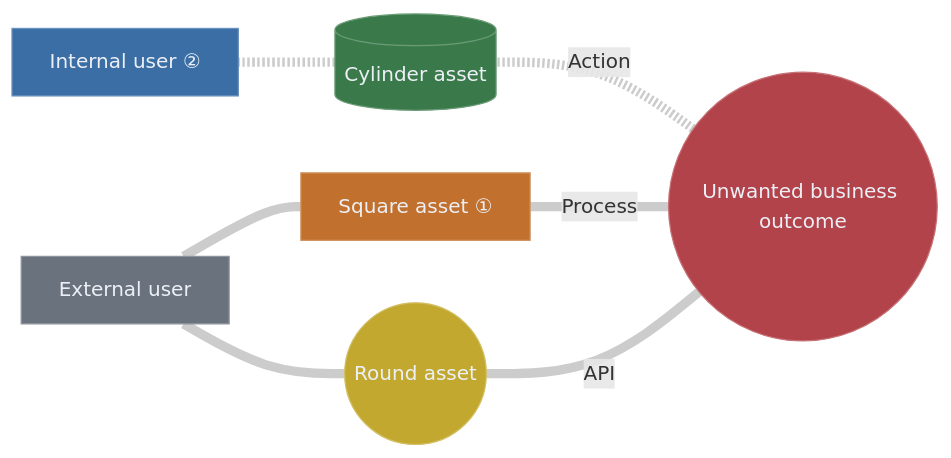
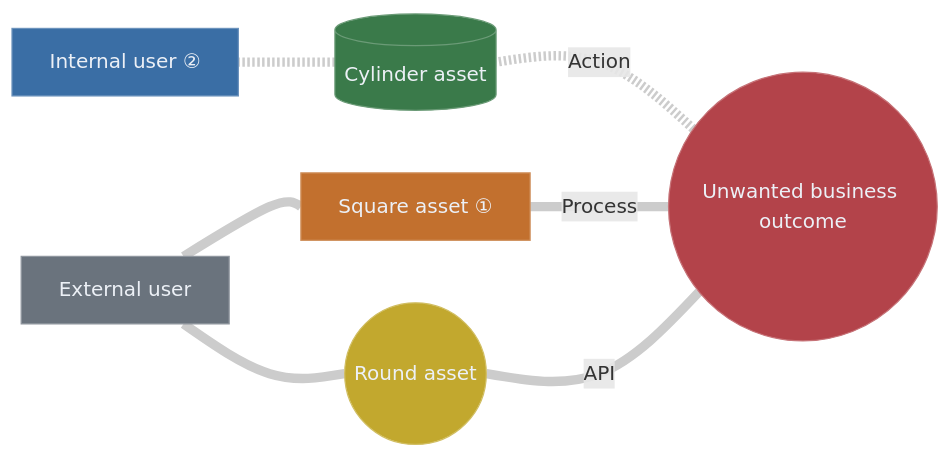
One commit to tomituominen/APME changed the diagram in sample-graph.md. Above: the diagram before and after it, drawn with Mermaid. The commit also changed 1 other file, not shown here.

Commit message:
Saved Mermaid: use natural curve so lines reach the nodes
Mermaid's default "basis" edge curve only approximates its control points, so
curved links stopped short of a node — a visible gap where lines met a box
(most obvious on "External user", where two edges converge). exportMermaid now
emits %%{init: {"flowchart":{"curve":"natural"}}}%%, a spline that passes
through its endpoints, so links meet nodes cleanly while staying smooth. Our
loader ignores the directive (a %% line). Regenerated sample-graph.md.

Verified by rendering the exported block with mermaid@10: gap gone, no errors.

````diff
--- a/sample-graph.md
+++ b/sample-graph.md
@@ -3,27 +3,28 @@
 ```mermaid
+%%{init: {"flowchart": {"curve": "natural"}}}%%
 %% APM-DATA: {"v":1,"dir":"RL","master":"n2","pos":{"n2":[0,0],"n4":[-390,-227],"n5":[-390,-27],"n6":[-390,173],"n7":[-770,-235],"n8":[-770,65]},"bends":{"n2|n4":[-0.0741,0.3825],"n2|n5":[-0.0181,0.0348],"n2|n6":[-0.0486,-0.3349]},"notes":{"n5":"Important note about the asset","n7":"Important note about the user"}}
 flowchart RL
   n2(("Unwanted business outcome"))
   n4[("Cylinder asset")]
   n5["Square asset ①"]
   n6(("Round asset"))
   n7["Internal user ②"]
   n8["External user"]
   n2 -.-|"Action"| n4
   n2 ---|"Process"| n5
   n2 ---|"API"| n6
   n4 -.- n7
   n5 --- n8
   n6 --- n8
   linkStyle default stroke:#cccccc,stroke-width:7.5px;
 
   style n2 fill:#b3434a,stroke:#c67277,color:#ecf0f6
   style n4 fill:#3a7a4a,stroke:#6b9b77,color:#ecf0f6
   style n5 fill:#c2702e,stroke:#d19462,color:#ecf0f6
   style n6 fill:#c2a82e,stroke:#d1be62,color:#ecf0f6
   style n7 fill:#3a6ea5,stroke:#6b92bc,color:#ecf0f6
   style n8 fill:#6a737d,stroke:#8f969e,color:#ecf0f6
 
   click n5 "#note-n5" "Square asset"
   click n7 "#note-n7" "Internal user"
 ```
````
